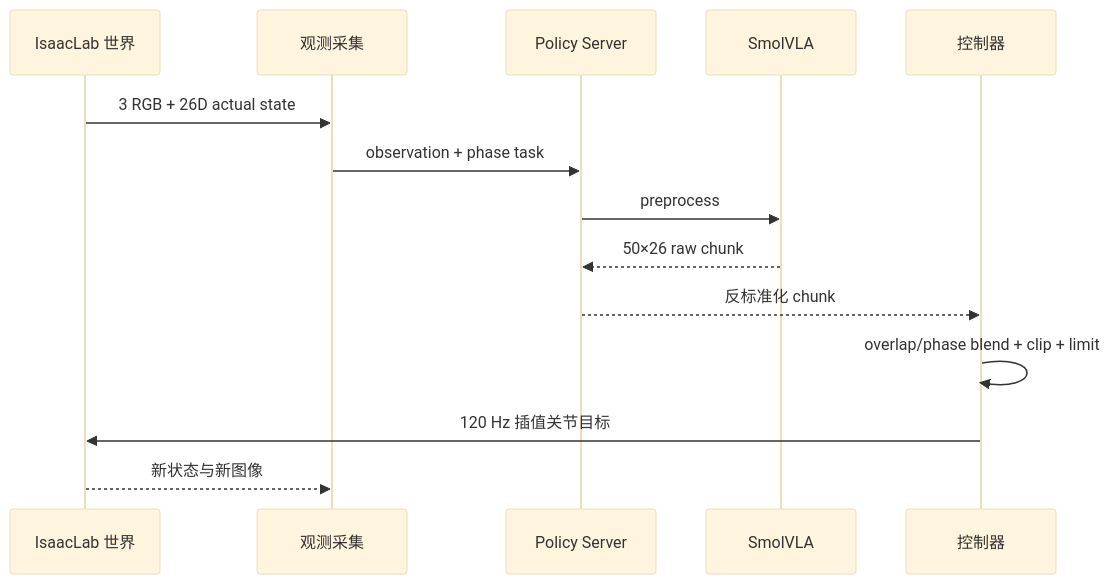
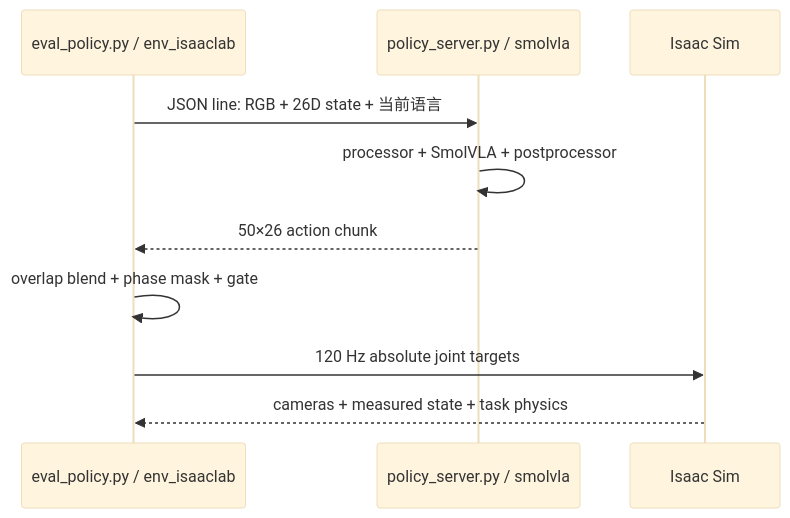
One commit to zfy-robot/qiling_smolVLA changed the second of 4 diagrams in s4_smolvla_isaaclab/docs/course/02-implementation.md. Above: the diagram before and after it, drawn with Mermaid (base theme). The commit also changed other lines of this file and 31 other files, not shown here.

````diff
--- a/s4_smolvla_isaaclab/docs/course/02-implementation.md
+++ b/s4_smolvla_isaaclab/docs/course/02-implementation.md
@@ -910,16 +118,12 @@
 ```mermaid
 sequenceDiagram
-    participant World as IsaacLab 世界
-    participant Obs as 观测采集
-    participant Server as Policy Server
-    participant Policy as SmolVLA
-    participant Control as 控制器
-    World->>Obs: 3 RGB + 26D actual state
-    Obs->>Server: observation + phase task
-    Server->>Policy: preprocess
-    Policy-->>Server: 50×26 raw chunk
-    Server-->>Control: 反标准化 chunk
-    Control->>Control: overlap/phase blend + clip + limit
-    Control->>World: 120 Hz 插值关节目标
-    World-->>Obs: 新状态与新图像
+    participant E as eval_policy.py / env_isaaclab
+    participant S as policy_server.py / smolvla
+    participant W as Isaac Sim
+    E->>S: JSON line: RGB + 26D state + 当前语言
+    S->>S: processor + SmolVLA + postprocessor
+    S-->>E: 50×26 action chunk
+    E->>E: overlap blend + phase mask + gate
+    E->>W: 120 Hz absolute joint targets
+    W-->>E: cameras + measured state + task physics
 ```
````
